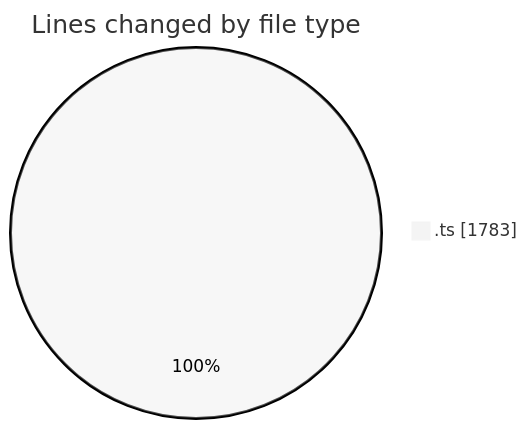
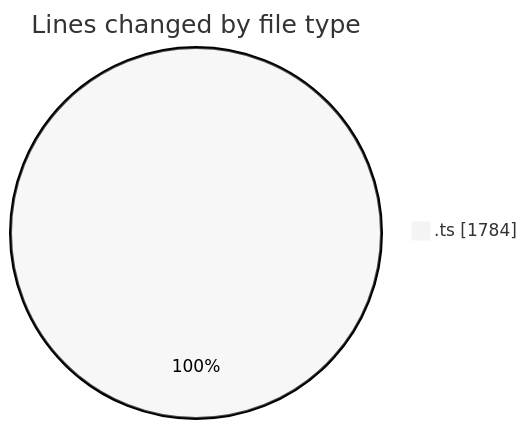
The first of 2 diagrams in 2026-03-13/nxtqube_webapp/README.md (nxtqubesakshisongat/code-tracking), drawn with Mermaid (neutral theme) before and after one commit. The commit also changed other lines of this file and 1 other file, not shown here.

````diff
--- a/2026-03-13/nxtqube_webapp/README.md
+++ b/2026-03-13/nxtqube_webapp/README.md
@@ -20,5 +20,5 @@
 ```mermaid
 pie showData
 title Lines changed by file type
-".ts" : 1783
+".ts" : 1784
 ```
````
